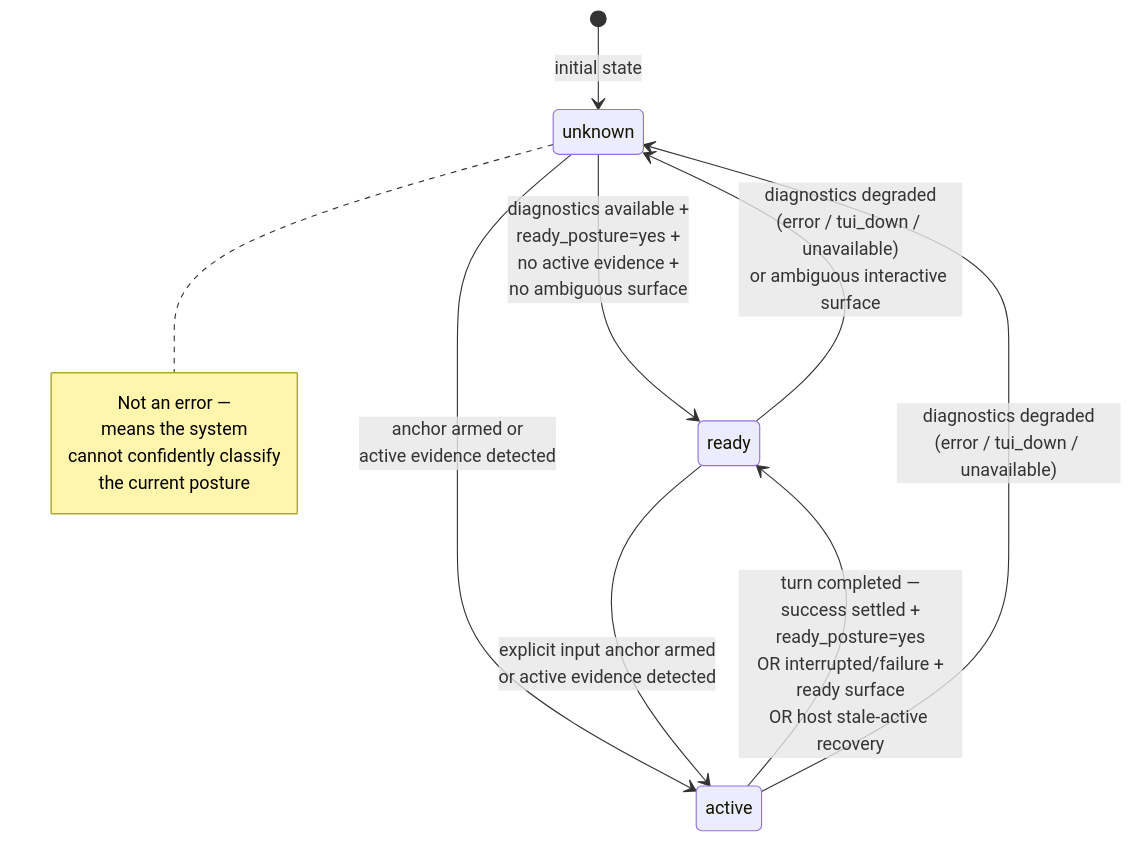
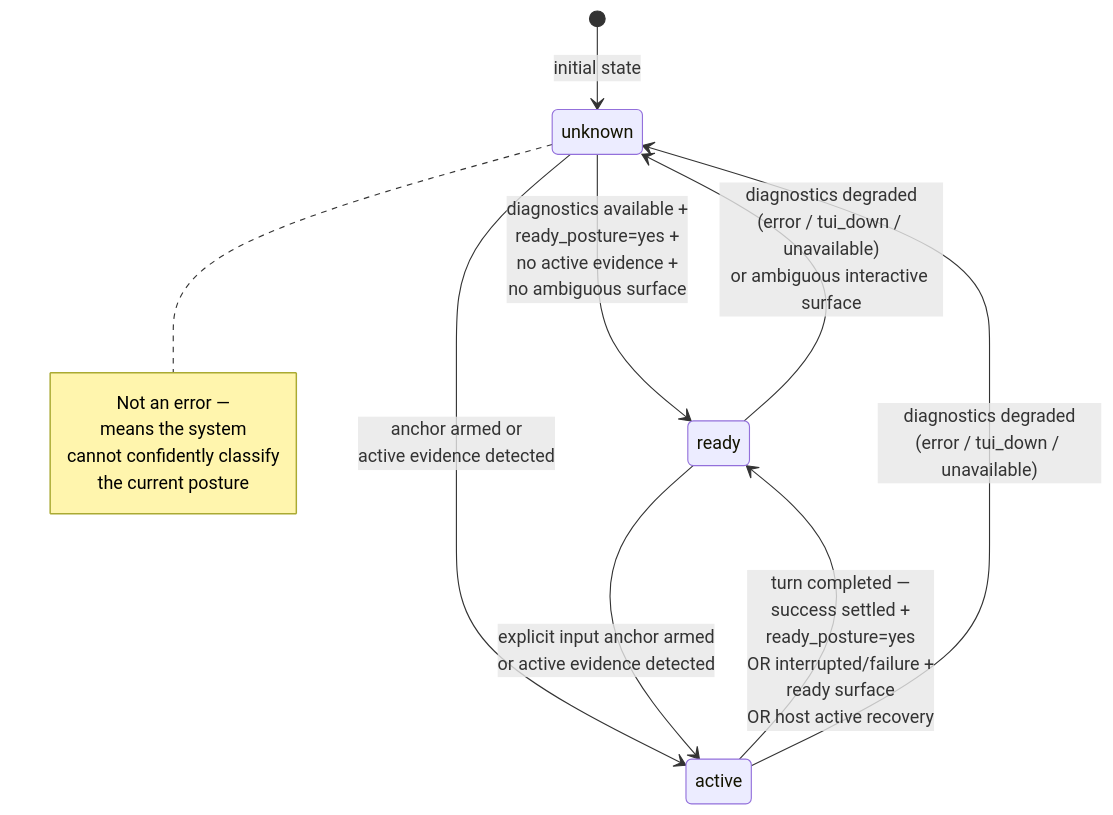
Before and after one commit to igamenovoer/houmao: the second of 5 diagrams in docs/developer/houmao-server/state-transitions.md, drawn with Mermaid. The commit also changed 45 other files, not shown here.

First line of the commit message:
feat: add final stable-active recovery and simplify claude activity detection

````diff
--- a/docs/developer/houmao-server/state-transitions.md
+++ b/docs/developer/houmao-server/state-transitions.md
@@ -48,15 +48,15 @@
 ```mermaid
 stateDiagram-v2
     [*] --> unknown : initial state
 
     unknown --> ready : diagnostics available +<br/>ready_posture=yes +<br/>no active evidence +<br/>no ambiguous surface
     unknown --> active : anchor armed or<br/>active evidence detected
 
     ready --> active : explicit input anchor armed<br/>or active evidence detected
     ready --> unknown : diagnostics degraded<br/>(error / tui_down / unavailable)<br/>or ambiguous interactive surface
 
-    active --> ready : turn completed —<br/>success settled +<br/>ready_posture=yes<br/>OR interrupted/failure +<br/>ready surface<br/>OR host stale-active recovery
+    active --> ready : turn completed —<br/>success settled +<br/>ready_posture=yes<br/>OR interrupted/failure +<br/>ready surface<br/>OR host active recovery
     active --> unknown : diagnostics degraded<br/>(error / tui_down / unavailable)
 
     note right of unknown : Not an error —<br/>means the system<br/>cannot confidently classify<br/>the current posture
 ```
````
